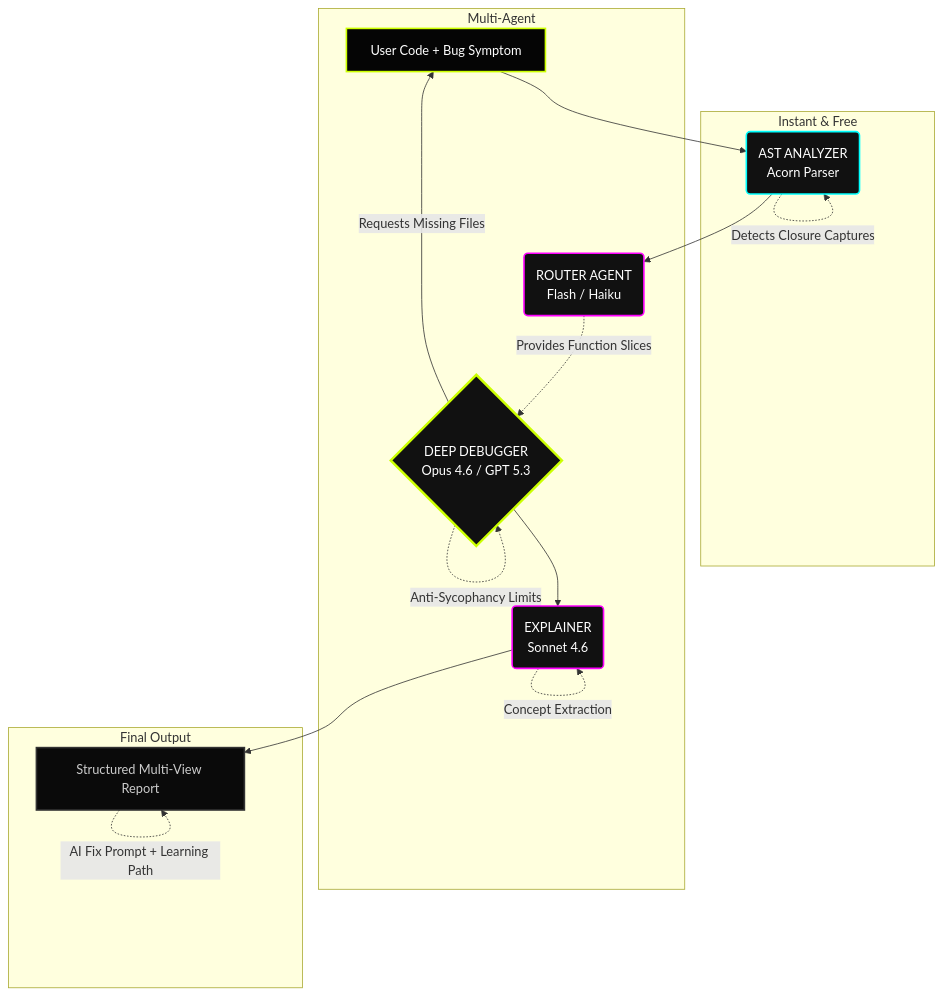
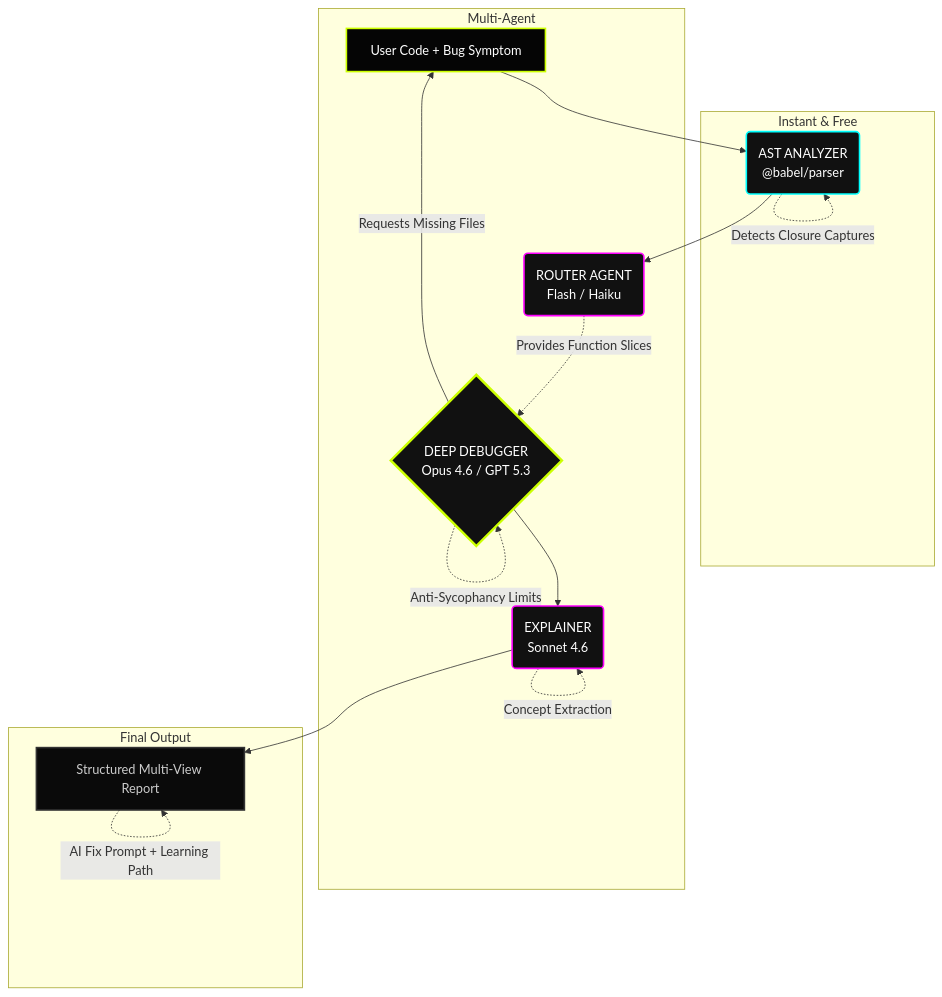
Before and after one commit to EruditeCoder108/UnravelAI: the diagram in README.md, drawn with Mermaid. The commit also changed other lines of this file, not shown here.

````diff
--- a/README.md
+++ b/README.md
@@ -47,39 +47,39 @@
 ```mermaid
 graph TD
     classDef user fill:#050505,stroke:#ccff00,stroke-width:2px,color:#fff
     classDef browser fill:#111,stroke:#00ffff,stroke-width:2px,color:#fff
     classDef agent fill:#111,stroke:#ff00ff,stroke-width:2px,color:#fff
     classDef sota fill:#111,stroke:#ccff00,stroke-width:3px,color:#fff
     classDef output fill:#0a0a0a,stroke:#333,stroke-width:2px,color:#ccc
 
     U[User Code + Bug Symptom]:::user --> A
 
     subgraph Browser Layer [Instant & Free]
-        A(AST ANALYZER\nAcorn Parser):::browser
+        A(AST ANALYZER\n@babel/parser):::browser
         A -.->|Extracts Mutation Chains| A
         A -.->|Finds Timing Nodes| A
         A -.->|Detects Closure Captures| A
     end
 
     A --> R
 
     subgraph Intelligence Layer [Multi-Agent]
         R(ROUTER AGENT\nFlash / Haiku):::agent
         R -.->|Provides Function Slices| D
         D{DEEP DEBUGGER\nOpus 4.6 / GPT 5.3}:::sota
         D -.->|8-Phase Pipeline| D
         D -.->|Anti-Sycophancy Limits| D
         D -->|Requests Missing Files| U
         D --> E(EXPLAINER\nSonnet 4.6):::agent
         E -.->|Concept Extraction| E
     end
 
     E --> O
 
     subgraph Final Output
         O[Structured Multi-View Report]:::output
         O -.->|Root Cause + State Table| O
         O -.->|Timeline + Visual Diff| O
         O -.->|AI Fix Prompt + Learning Path| O
     end
 ```
````
